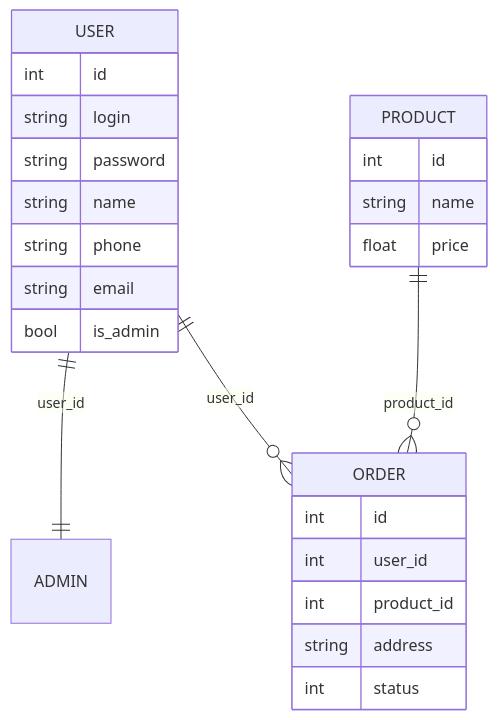
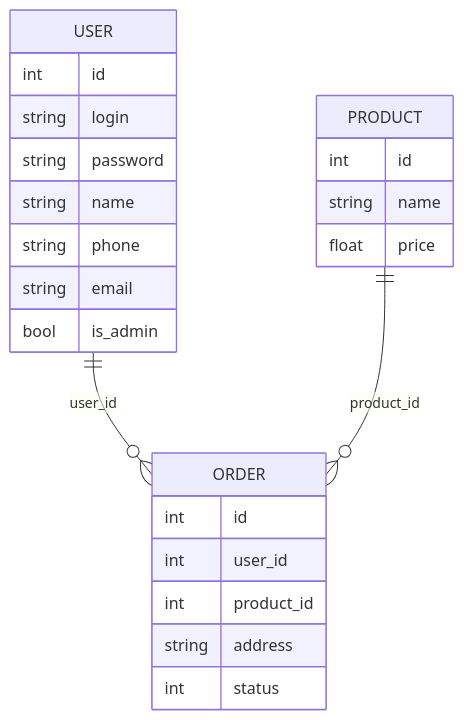
One commit to Blezz-tech/kp11-conspects changed the diagram in README.md. Above: the diagram before and after it, drawn with Mermaid.

````diff
--- a/README.md
+++ b/README.md
@@ -7,35 +7,35 @@
 ```mermaid
 erDiagram
     USER {
         int id
         string login
         string password
         string name
         string phone
         string email
         bool is_admin
     }
 
     %% ADMIN {
     %%     int user_id
     %% }
     
     PRODUCT {
         int id
         string name
         float price
     }
 
     ORDER {
         int id
         int user_id
         int product_id
         string address
         int status
     }
 
-    USER ||--|| ADMIN : user_id
+    %% USER ||--|| ADMIN : user_id
 
     USER ||--o{ ORDER : user_id
     PRODUCT ||--o{ ORDER : product_id
 ```
````
